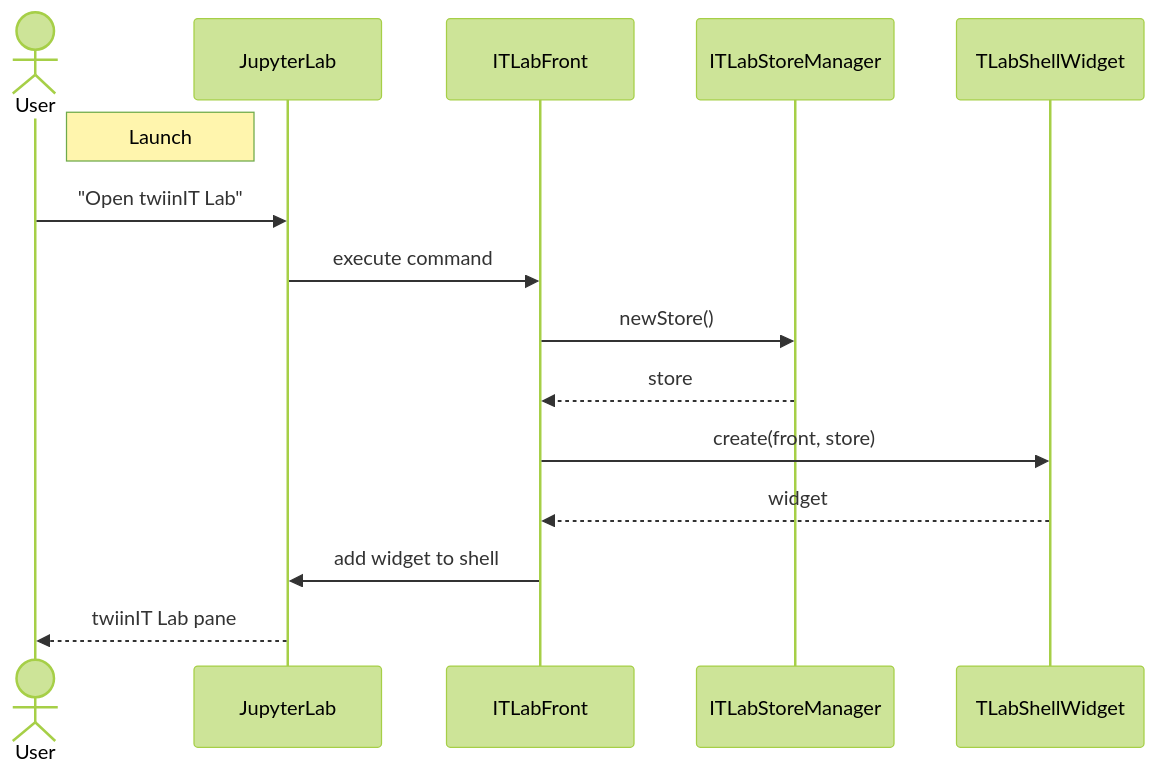
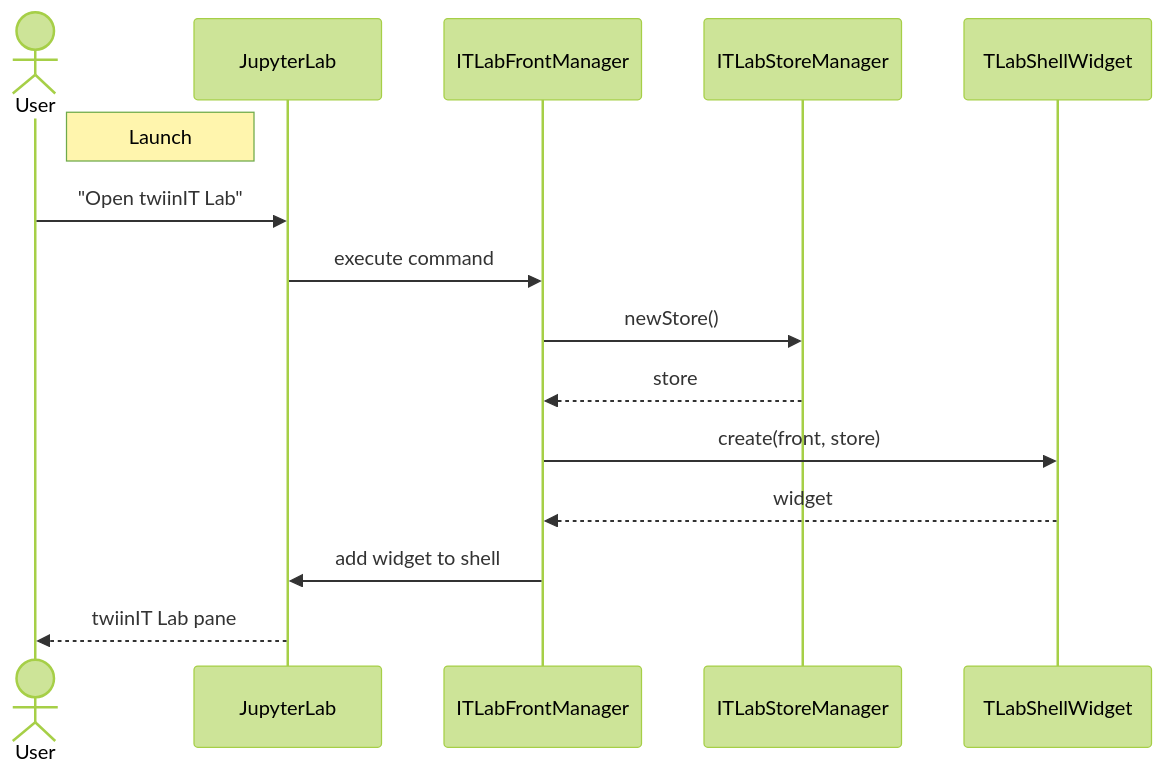
One commit to twiinIT/tlab changed the third of 7 diagrams in docs/architecture.md. Above: the diagram before and after it, drawn with Mermaid (forest theme). The commit also changed other lines of this file, not shown here.

````diff
--- a/docs/architecture.md
+++ b/docs/architecture.md
@@ -79,13 +81,13 @@
 ```mermaid
 sequenceDiagram
     actor User
     note right of User : Launch
     User ->> JupyterLab : "Open twiinIT Lab"
-    JupyterLab ->> ITLabFront : execute command
-    ITLabFront ->> ITLabStoreManager : newStore()
-    ITLabStoreManager -->> ITLabFront : store
-    ITLabFront ->> TLabShellWidget : create(front, store)
-    TLabShellWidget -->> ITLabFront : widget
-    ITLabFront ->> JupyterLab : add widget to shell
+    JupyterLab ->> ITLabFrontManager : execute command
+    ITLabFrontManager ->> ITLabStoreManager : newStore()
+    ITLabStoreManager -->> ITLabFrontManager : store
+    ITLabFrontManager ->> TLabShellWidget : create(front, store)
+    TLabShellWidget -->> ITLabFrontManager : widget
+    ITLabFrontManager ->> JupyterLab : add widget to shell
     JupyterLab -->> User : twiinIT Lab pane
 ```
````
